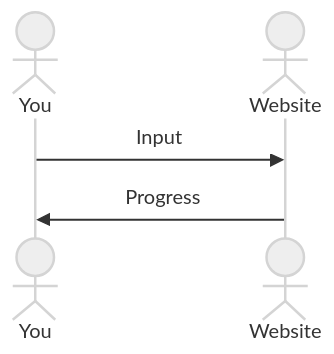
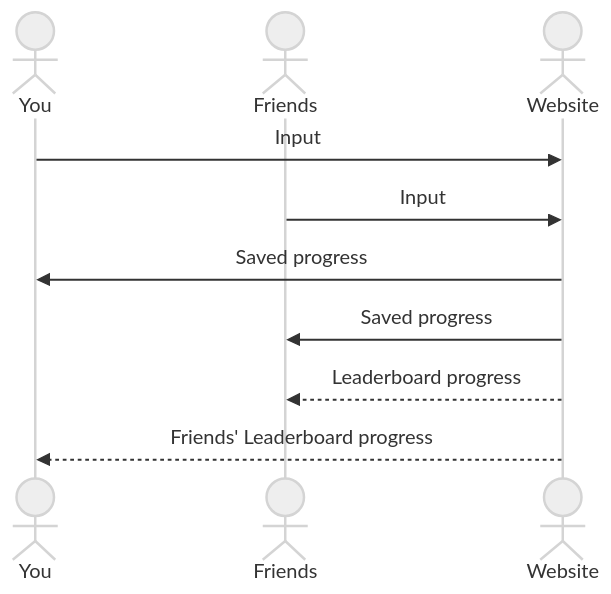
Before and after one commit to VoelckN/startup: the diagram in README.md, drawn with Mermaid (neutral theme). The commit also changed other lines of this file, not shown here.

Commit message:
Updated Title and Mermaid Diagram

````diff
--- a/README.md
+++ b/README.md
@@ -37,7 +37,12 @@
 ```mermaid
 sequenceDiagram
     actor You
+    actor Friends
     actor Website
     You->>Website: Input
-    Website->>You: Progress
+    Friends->>Website: Input
+    Website->>You: Saved progress
+    Website->>Friends: Saved progress
+    Website-->>Friends: Leaderboard progress
+    Website-->>You: Friends' Leaderboard progress
 ```
````
